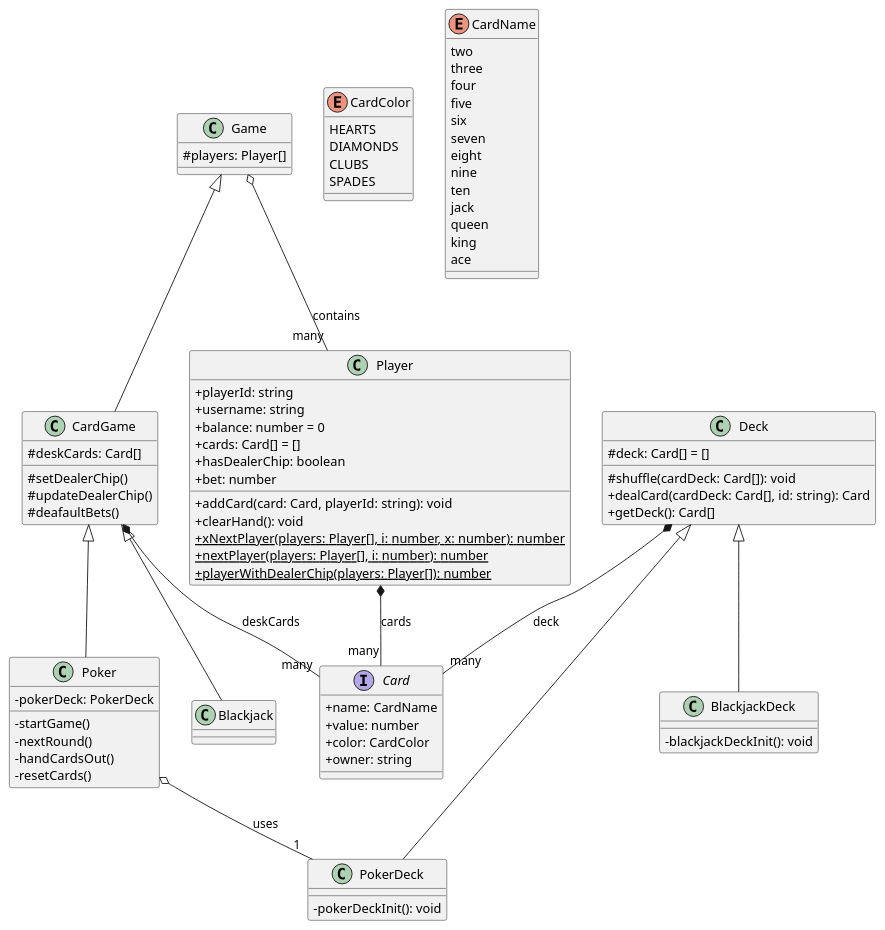
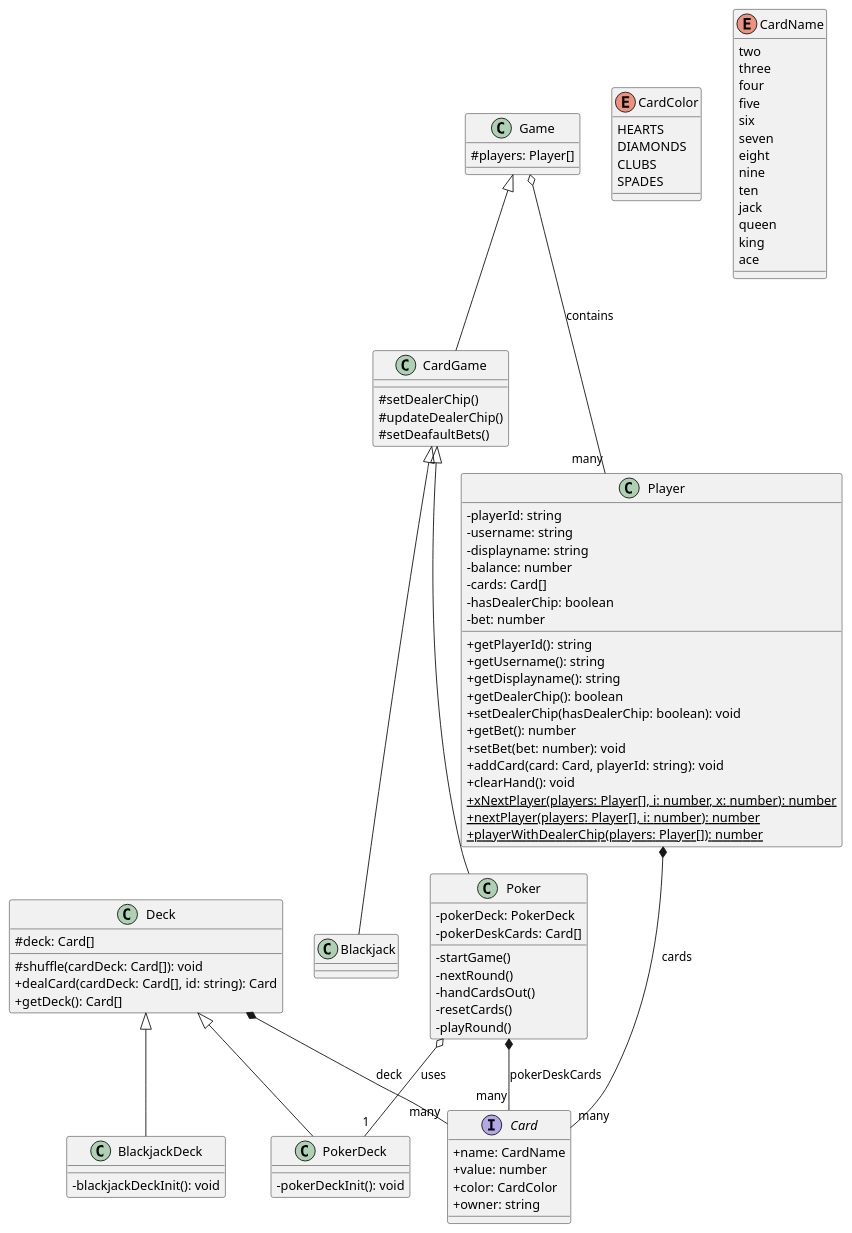
Before and after one commit to FelixZannantoni/OnlineCasino: the diagram in backend/src/gameLogic/gameLogic.puml, drawn with PlantUML.

Commit message:
updated class diagram

```diff
--- a/backend/src/gameLogic/gameLogic.puml
+++ b/backend/src/gameLogic/gameLogic.puml
@@ -1,99 +1,108 @@
 @startuml
 skinparam classAttributeIconSize 0
 
 interface Card {
   +name: CardName
   +value: number
   +color: CardColor
   +owner: string
 }
 
 enum CardColor {
   HEARTS
   DIAMONDS
   CLUBS
   SPADES
 }
 
 enum CardName {
   two
   three
   four
   five
   six
   seven
   eight
   nine
   ten
   jack
   queen
   king
   ace
 }
 
 class Game {
   #players: Player[]
 }
 
 class CardGame {
-  #deskCards: Card[]
   #setDealerChip()
   #updateDealerChip()
-  #deafaultBets()
+  #setDeafaultBets()
 }
 
 class Poker {
   -pokerDeck: PokerDeck
+  -pokerDeskCards: Card[]
   -startGame()
   -nextRound()
   -handCardsOut()
   -resetCards()
+  -playRound()
 }
 
 class Blackjack {
 }
 
 class Player {
-  +playerId: string
-  +username: string
-  +balance: number = 0
-  +cards: Card[] = []
-  +hasDealerChip: boolean
-  +bet: number
+  -playerId: string
+  -username: string
+  -displayname: string
+  -balance: number
+  -cards: Card[]
+  -hasDealerChip: boolean
+  -bet: number
+  +getPlayerId(): string
+  +getUsername(): string
+  +getDisplayname(): string
+  +getDealerChip(): boolean
+  +setDealerChip(hasDealerChip: boolean): void
+  +getBet(): number
+  +setBet(bet: number): void
   +addCard(card: Card, playerId: string): void
   +clearHand(): void
   {static} +xNextPlayer(players: Player[], i: number, x: number): number
   {static} +nextPlayer(players: Player[], i: number): number
   {static} +playerWithDealerChip(players: Player[]): number
 }
 
 class Deck {
-  #deck: Card[] = []
+  #deck: Card[]
   #shuffle(cardDeck: Card[]): void
   +dealCard(cardDeck: Card[], id: string): Card
   +getDeck(): Card[]
 }
 
 class BlackjackDeck {
   -blackjackDeckInit(): void
 }
 
 class PokerDeck {
   -pokerDeckInit(): void
 }
 
 ' Inheritance
 Game <|-- CardGame
 CardGame <|-- Poker
 CardGame <|-- Blackjack
 Deck <|-- BlackjackDeck
 Deck <|-- PokerDeck
 
 ' Associations
 Game o-- "many" Player : contains
-CardGame *-- "many" Card : deskCards
+Poker *-- "many" Card : pokerDeskCards
 Player *-- "many" Card : cards
 Deck *-- "many" Card : deck
 Poker o-- "1" PokerDeck : uses
 
 @enduml
```
